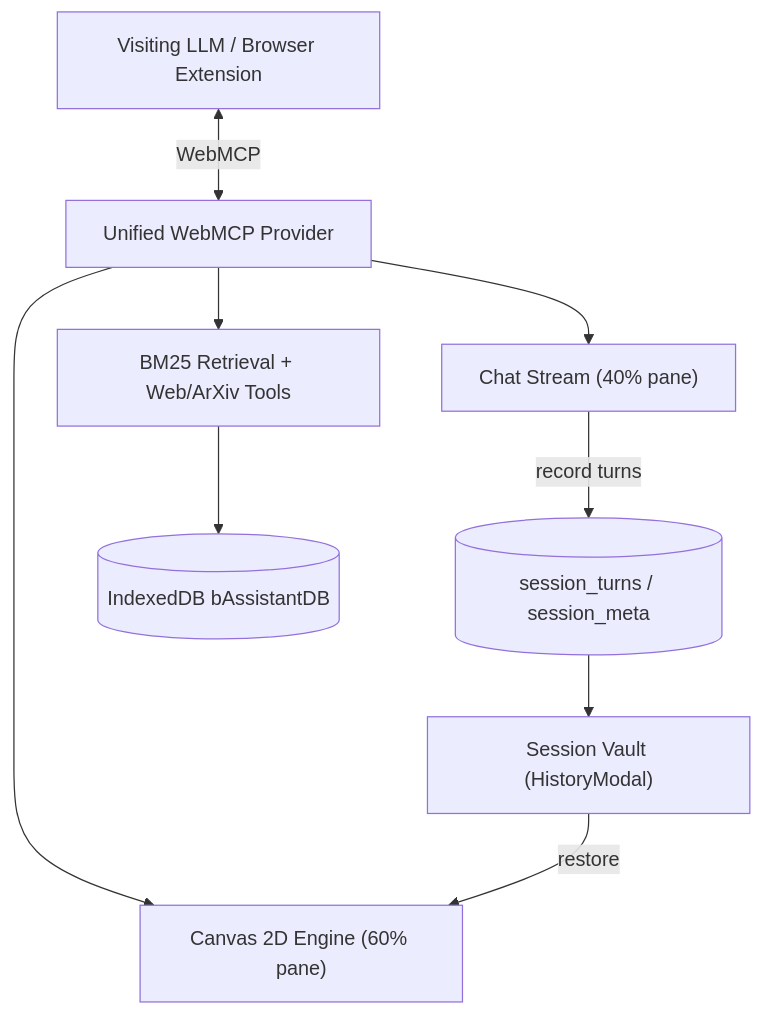
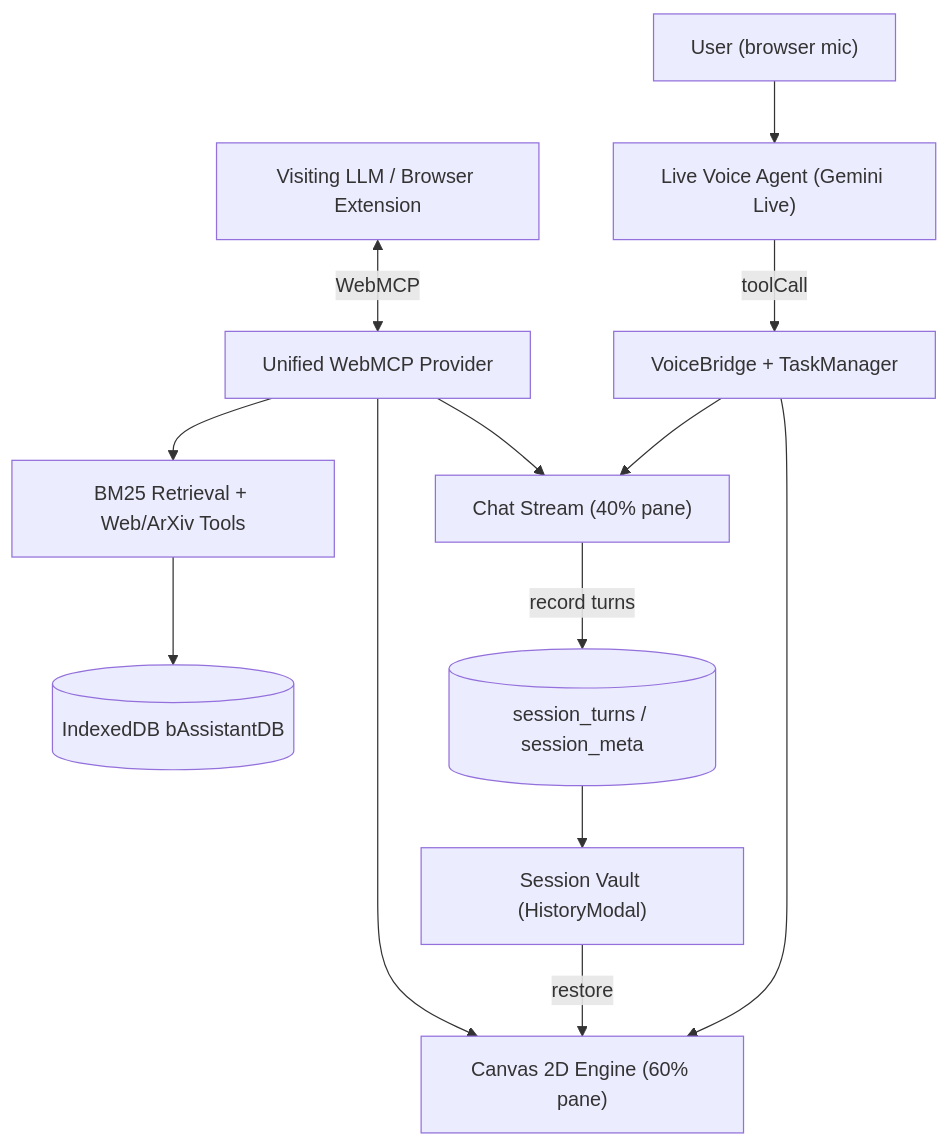
Before and after one commit to AmritSDutta/b_aassistant: the diagram in docs/architecture.mdx, drawn with Mermaid. The commit also changed other lines of this file and 23 other files, not shown here.

````diff
--- a/docs/architecture.mdx
+++ b/docs/architecture.mdx
@@ -10,11 +10,15 @@
 ```mermaid
 flowchart TD
   LLM["Visiting LLM / Browser Extension"] <-->|WebMCP| Provider["Unified WebMCP Provider"]
   Provider --> Chat["Chat Stream (40% pane)"]
   Provider --> Canvas["Canvas 2D Engine (60% pane)"]
   Provider --> Data["BM25 Retrieval + Web/ArXiv Tools"]
+  User["User (browser mic)"] --> Voice["Live Voice Agent (Gemini Live)"]
+  Voice -->|toolCall| Bridge["VoiceBridge + TaskManager"]
+  Bridge --> Canvas
+  Bridge --> Chat
   Chat -->|record turns| Sessions[("session_turns / session_meta")]
   Sessions --> Vault["Session Vault (HistoryModal)"]
   Vault -->|restore| Canvas
   Data --> IDB[("IndexedDB bAssistantDB")]
 ```
````
